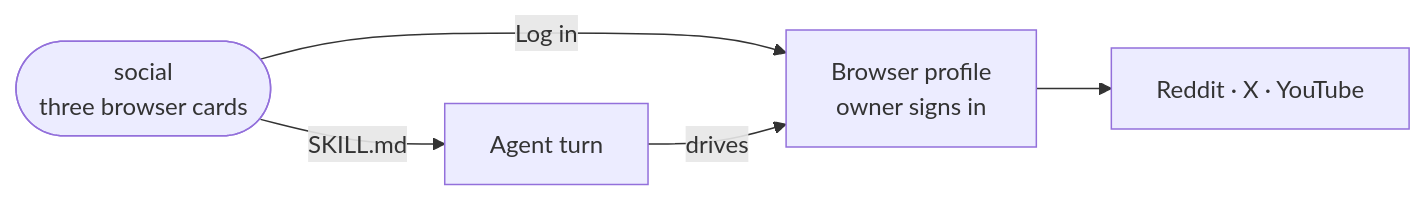
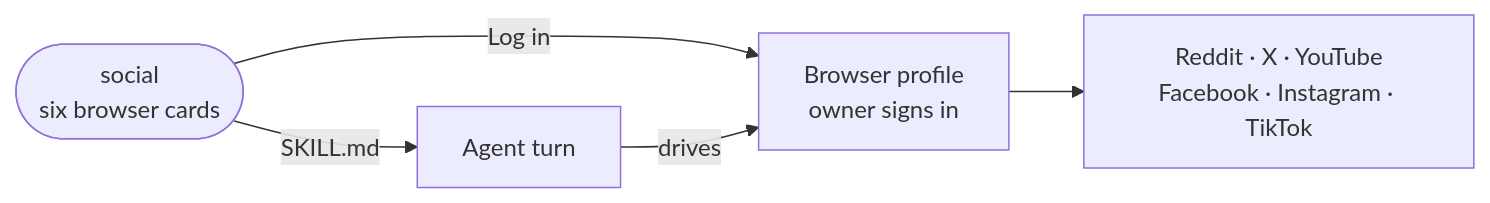
One commit to intentic/intentic changed the diagram in _extensions/social/README.md. Above: the diagram before and after it, drawn with Mermaid. The commit also changed other lines of this file and 9 other files, not shown here.

First line of the commit message:
feat(social): add facebook, instagram and tiktok browser capabilities

````diff
--- a/_extensions/social/README.md
+++ b/_extensions/social/README.md
@@ -5,7 +5,7 @@
 ```mermaid
 flowchart LR
-    ext(["social<br/>three browser cards"]) -->|"Log in"| profile["Browser profile<br/>owner signs in"]
+    ext(["social<br/>six browser cards"]) -->|"Log in"| profile["Browser profile<br/>owner signs in"]
     ext -->|"SKILL.md"| agent["Agent turn"]
     agent -->|"drives"| profile
-    profile --> sites["Reddit · X · YouTube"]
+    profile --> sites["Reddit · X · YouTube<br/>Facebook · Instagram · TikTok"]
 ```
````
